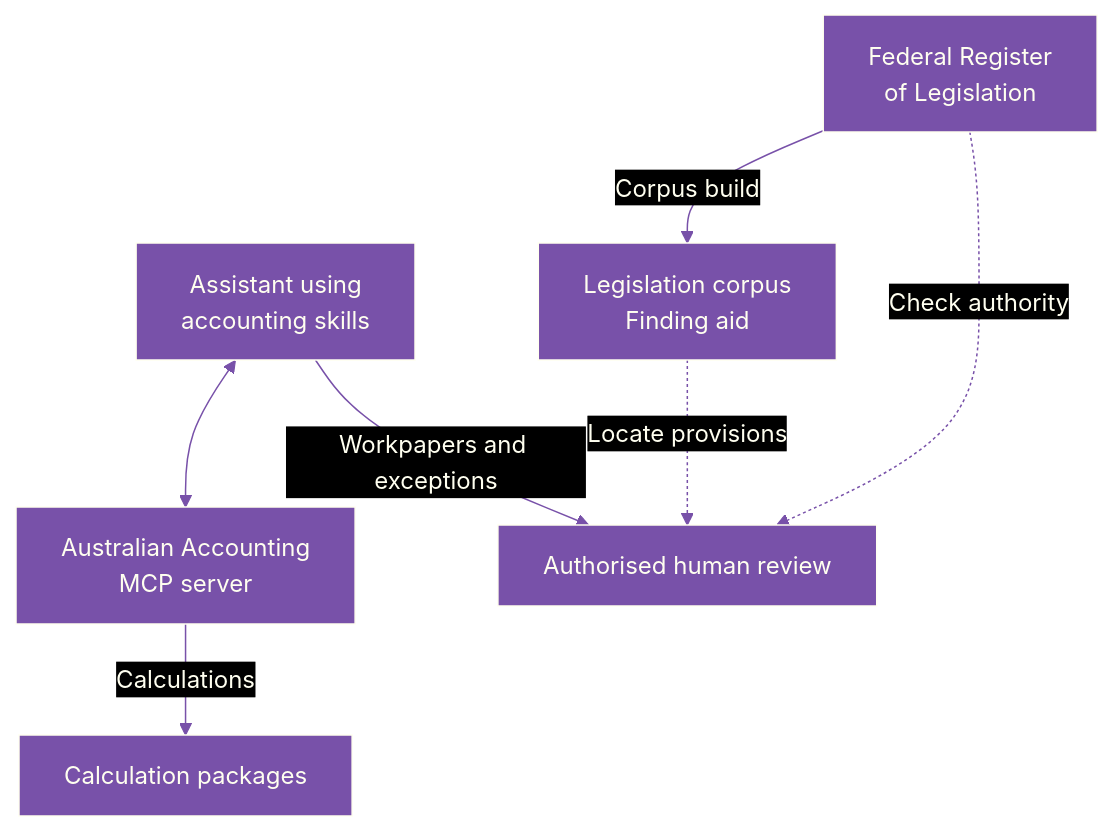
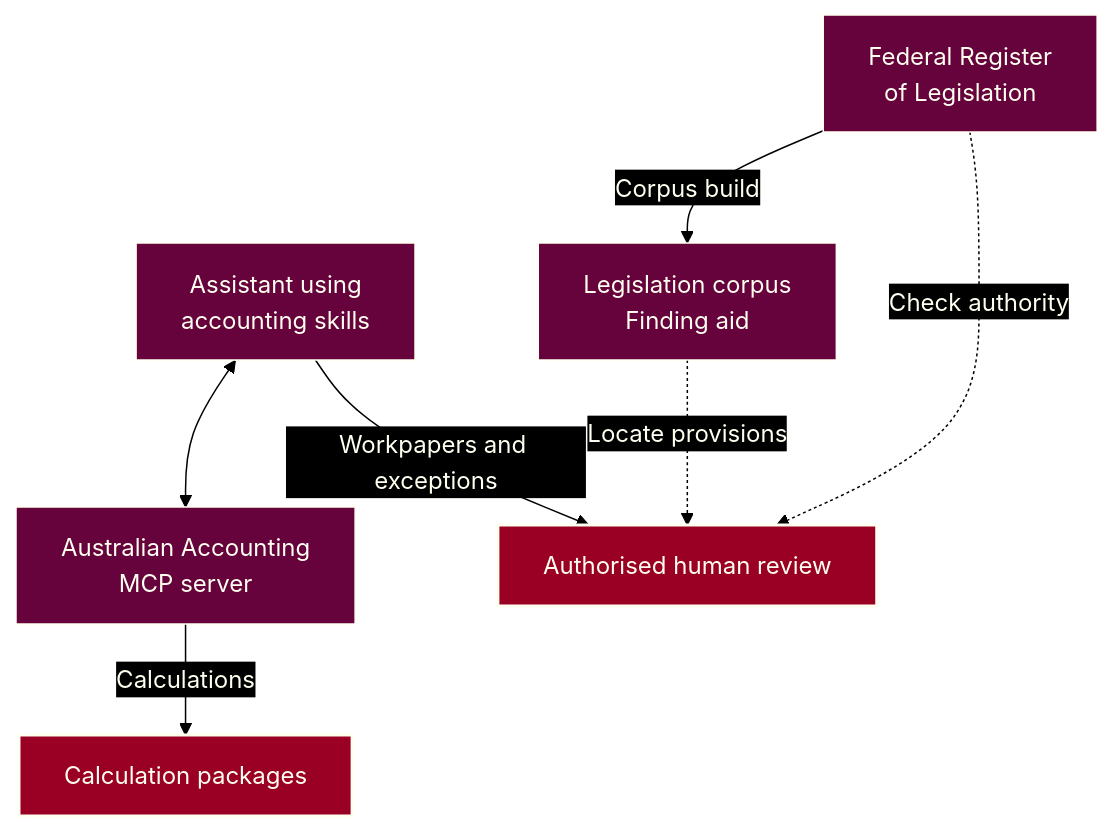
One commit to ryanduguid/ryanduguid changed the diagram in README.md. Above: the diagram before and after it, drawn with Mermaid.

Commit message:
Match profile Mermaid colours to the website (#60)

````diff
--- a/README.md
+++ b/README.md
@@ -46,10 +46,12 @@
 ```mermaid
 flowchart TB
-%%{init: {"theme": "base", "themeVariables": {"background": "#000000", "primaryColor": "#7851A9", "primaryTextColor": "#FFFFF0", "primaryBorderColor": "#FFFFF0", "lineColor": "#7851A9", "textColor": "#FFFFF0", "edgeLabelBackground": "#000000", "clusterBkg": "#000000", "clusterBorder": "#7851A9", "titleColor": "#FFFFF0"}}}%%
+%%{init: {"theme": "base", "themeVariables": {"background": "#000000", "primaryColor": "#66023C", "primaryTextColor": "#FFFFF0", "primaryBorderColor": "#FFFFF0", "lineColor": "#000000", "textColor": "#FFFFF0", "edgeLabelBackground": "#000000", "clusterBkg": "#000000", "clusterBorder": "#FFFFF0", "titleColor": "#FFFFF0"}, "themeCSS": ".flowchart-link, .relationshipLine, marker path { filter: drop-shadow(0px 1px 0px #FFFFF0) drop-shadow(0px -1px 0px #FFFFF0) drop-shadow(1px 0px 0px #FFFFF0) drop-shadow(-1px 0px 0px #FFFFF0); }"}}%%
     assistant["Assistant using<br/>accounting skills"] <--> mcp["Australian Accounting<br/>MCP server"]
     mcp -->|Calculations| engines["Calculation packages"]
     assistant -->|Workpapers and exceptions| reviewer["Authorised human review"]
     official["Federal Register<br/>of Legislation"] -->|Corpus build| corpus["Legislation corpus<br/>Finding aid"]
     corpus -. Locate provisions .-> reviewer
     official -. Check authority .-> reviewer
+    style engines fill:#990024,stroke:#FFFFF0,stroke-width:2px,color:#FFFFF0
+    style reviewer fill:#990024,stroke:#FFFFF0,stroke-width:2px,color:#FFFFF0
 ```
````
